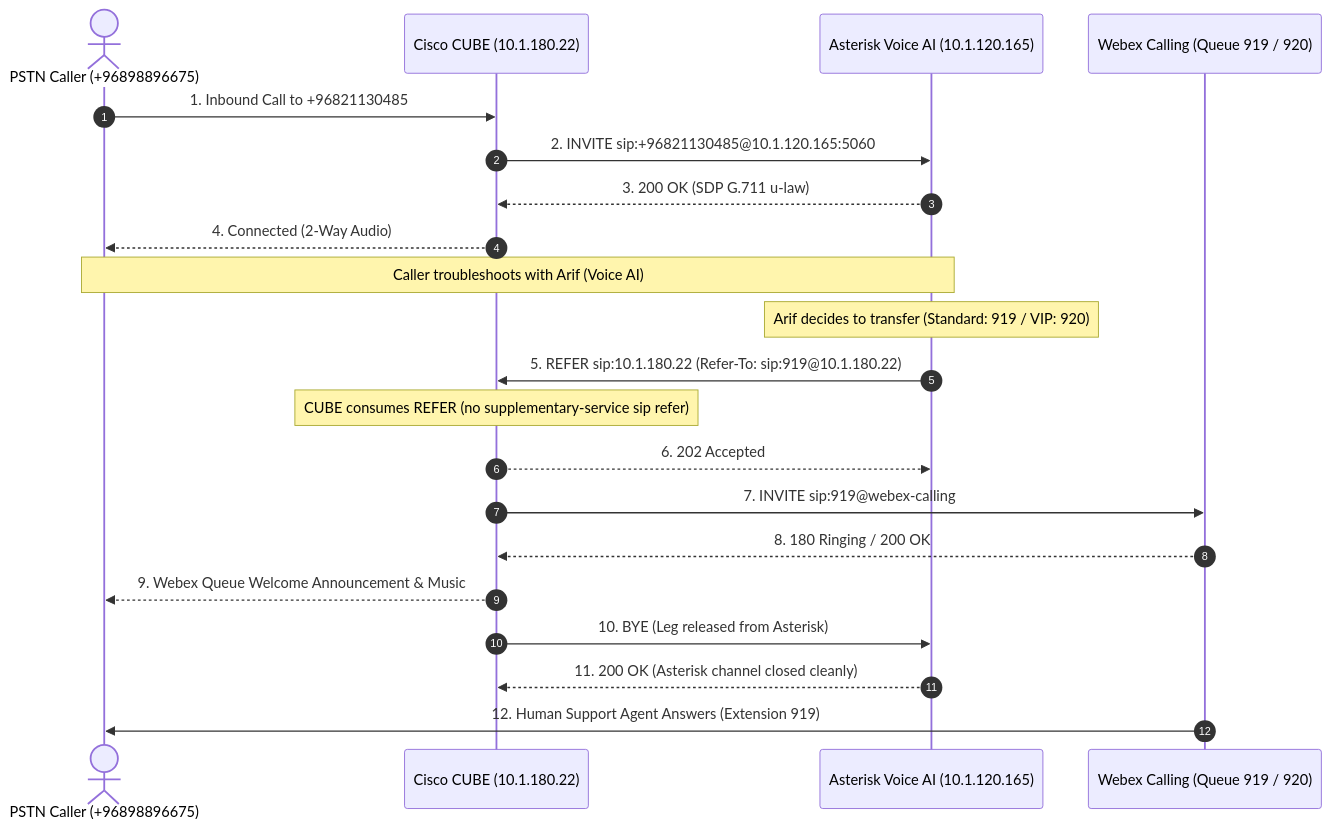
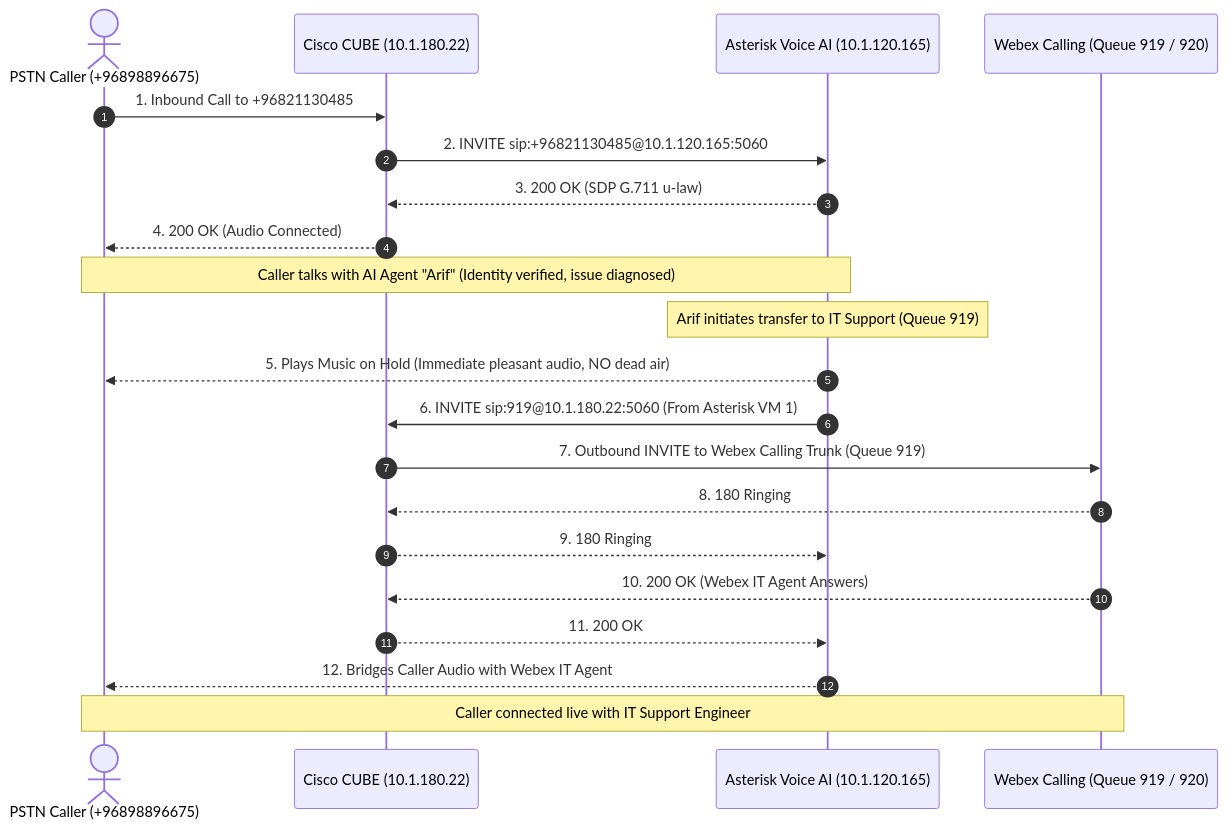
The diagram in CISCO_CUBE_CONFIGURATION_GUIDE.md (akheels-web/ai-support-agent), drawn with Mermaid before and after one commit. The commit also changed other lines of this file, not shown here.

Commit message:
docs: update Cisco CUBE configuration guide for IOS-XE 17.12 and INVITE bridging with MOH

````diff
--- a/CISCO_CUBE_CONFIGURATION_GUIDE.md
+++ b/CISCO_CUBE_CONFIGURATION_GUIDE.md
@@ -374,25 +91,25 @@
 ```mermaid
 sequenceDiagram
     autonumber
     actor Caller as PSTN Caller (+96898896675)
     participant CUBE as Cisco CUBE (10.1.180.22)
     participant Asterisk as Asterisk Voice AI (10.1.120.165)
     participant Webex as Webex Calling (Queue 919 / 920)
 
     Caller->>CUBE: 1. Inbound Call to +96821130485
     CUBE->>Asterisk: 2. INVITE sip:+96821130485@10.1.120.165:5060
     Asterisk-->>CUBE: 3. 200 OK (SDP G.711 u-law)
-    CUBE-->>Caller: 4. Connected (2-Way Audio)
-    Note over Caller,Asterisk: Caller troubleshoots with Arif (Voice AI)
+    CUBE-->>Caller: 4. 200 OK (Audio Connected)
+    Note over Caller,Asterisk: Caller talks with AI Agent "Arif" (Identity verified, issue diagnosed)
 
-    Note over Asterisk: Arif decides to transfer (Standard: 919 / VIP: 920)
-    Asterisk->>CUBE: 5. REFER sip:10.1.180.22 (Refer-To: sip:919@10.1.180.22)
-    Note over CUBE: CUBE consumes REFER (no supplementary-service sip refer)
-    CUBE-->>Asterisk: 6. 202 Accepted
-    CUBE->>Webex: 7. INVITE sip:919@webex-calling
-    Webex-->>CUBE: 8. 180 Ringing / 200 OK
-    CUBE-->>Caller: 9. Webex Queue Welcome Announcement & Music
-    CUBE->>Asterisk: 10. BYE (Leg released from Asterisk)
-    Asterisk-->>CUBE: 11. 200 OK (Asterisk channel closed cleanly)
-    Webex->>Caller: 12. Human Support Agent Answers (Extension 919)
+    Note over Asterisk: Arif initiates transfer to IT Support (Queue 919)
+    Asterisk-->>Caller: 5. Plays Music on Hold (Immediate pleasant audio, NO dead air)
+    Asterisk->>CUBE: 6. INVITE sip:919@10.1.180.22:5060 (From Asterisk VM 1)
+    CUBE->>Webex: 7. Outbound INVITE to Webex Calling Trunk (Queue 919)
+    Webex-->>CUBE: 8. 180 Ringing
+    CUBE-->>Asterisk: 9. 180 Ringing
+    Webex-->>CUBE: 10. 200 OK (Webex IT Agent Answers)
+    CUBE-->>Asterisk: 11. 200 OK
+    Asterisk-->>Caller: 12. Bridges Caller Audio with Webex IT Agent
+    Note over Caller,Webex: Caller connected live with IT Support Engineer
 ```
````
